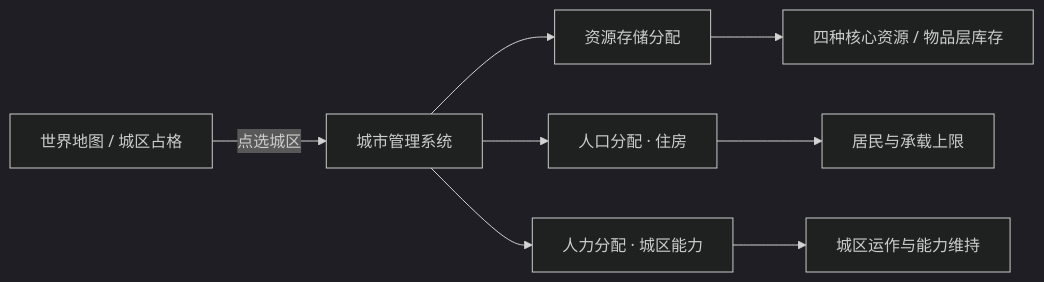
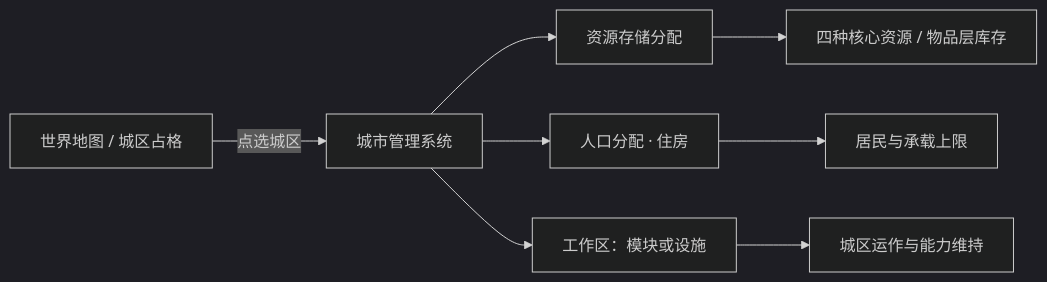
Before and after one commit to Estrella6066773/DriveToLight: the diagram in Docs/02-系统设计/04-资源与人口/城市管理系统.md, drawn with Mermaid (dark theme). The commit also changed other lines of this file and 18 other files, not shown here.

````diff
--- a/Docs/02-系统设计/04-资源与人口/城市管理系统.md
+++ b/Docs/02-系统设计/04-资源与人口/城市管理系统.md
@@ -19,10 +19,10 @@
 ```mermaid
 flowchart LR
     Map[世界地图 / 城区占格] -->|点选城区| CMS[城市管理系统]
     CMS --> S[资源存储分配]
     CMS --> H[人口分配 · 住房]
-    CMS --> W[人力分配 · 城区能力]
+    CMS --> W[工作区：模块或设施]
     S --> Res[四种核心资源 / 物品层库存]
     H --> Pop[居民与承载上限]
     W --> Cap[城区运作与能力维持]
 ```
````
